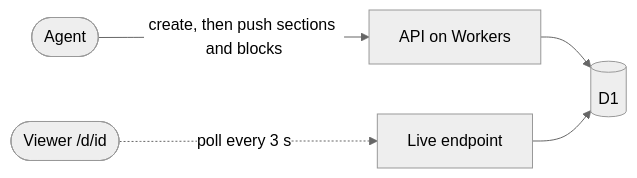
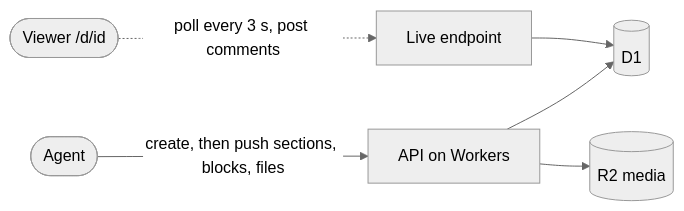
The diagram in README.md (vkpdeveloper/reportly), drawn with Mermaid (neutral theme) before and after one commit. The commit also changed other lines of this file and 3 other files, not shown here.

First line of the commit message:
docs: document built-in media, comments and the new blocks

````diff
--- a/README.md
+++ b/README.md
@@ -21,7 +23,8 @@
 ```mermaid
 flowchart LR
-  agent([Agent]) -->|"create, then push sections and blocks"| api[API on Workers]
+  agent([Agent]) -->|"create, then push sections, blocks, files"| api[API on Workers]
   api --> db[(D1)]
-  viewer([Viewer /d/id]) -.->|"poll every 3 s"| live[Live endpoint]
+  api --> r2[(R2 media)]
+  viewer([Viewer /d/id]) -.->|"poll every 3 s, post comments"| live[Live endpoint]
   live --> db
 ```
````
